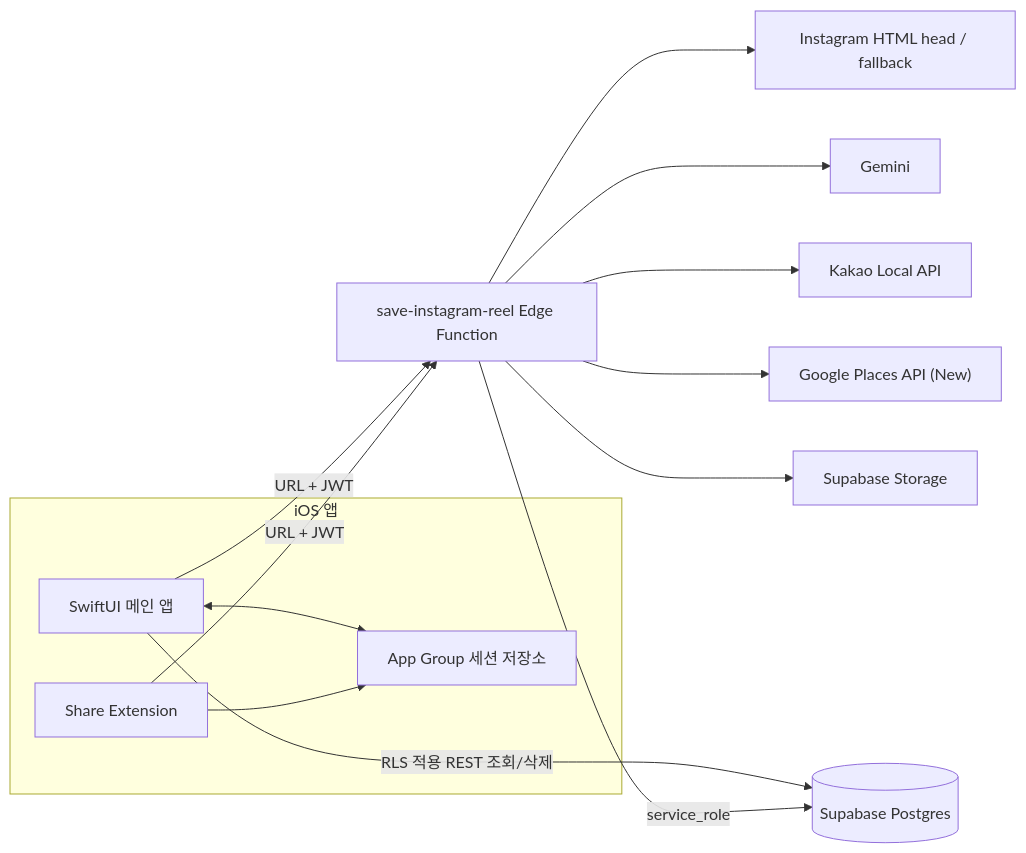
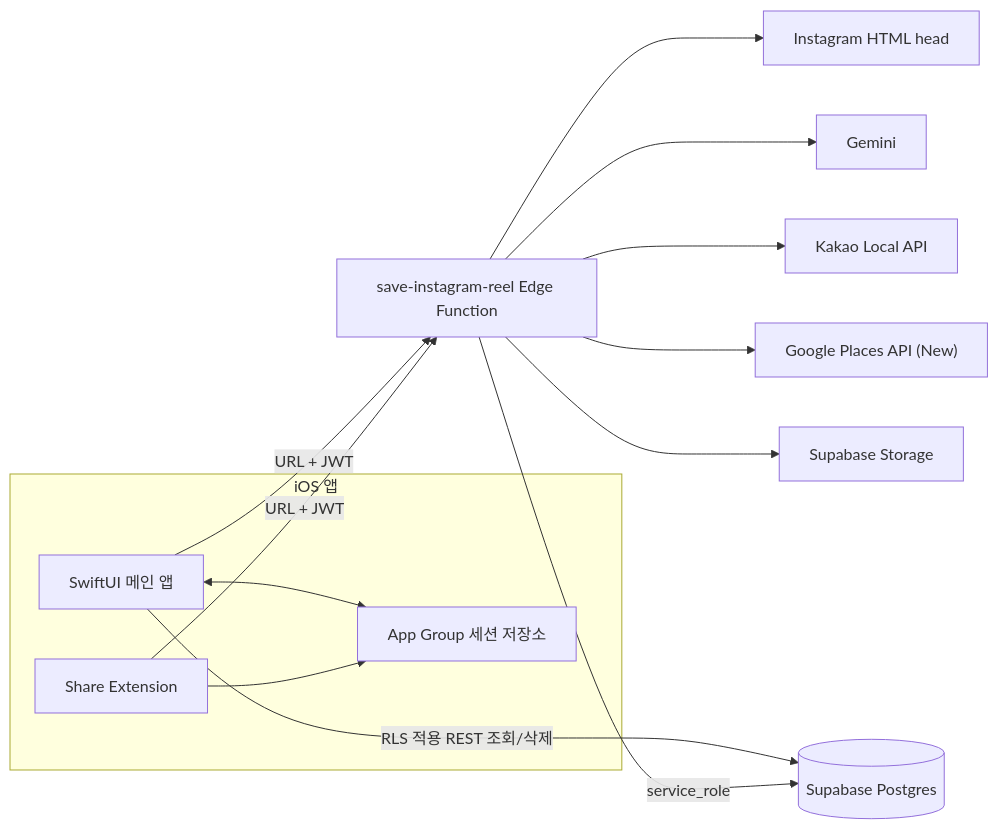
One commit to Jiihyun/yeogidam changed the first of 2 diagrams in docs/architecture.md. Above: the diagram before and after it, drawn with Mermaid. The commit also changed other lines of this file and 6 other files, not shown here.

````diff
--- a/docs/architecture.md
+++ b/docs/architecture.md
@@ -20,21 +20,21 @@
 ```mermaid
 flowchart LR
     subgraph IOS["iOS 앱"]
         APP["SwiftUI 메인 앱"]
         SHARE["Share Extension"]
         GROUP["App Group 세션 저장소"]
         APP <--> GROUP
         SHARE --> GROUP
     end
 
     APP -->|"URL + JWT"| FN["save-instagram-reel Edge Function"]
     SHARE -->|"URL + JWT"| FN
     APP -->|"RLS 적용 REST 조회/삭제"| DB[("Supabase Postgres")]
 
-    FN --> IG["Instagram HTML head / fallback"]
+    FN --> IG["Instagram HTML head"]
     FN --> GEMINI["Gemini"]
     FN --> KAKAO["Kakao Local API"]
     FN --> GOOGLE["Google Places API (New)"]
     FN --> STORAGE["Supabase Storage"]
     FN -->|"service_role"| DB
 ```
````
